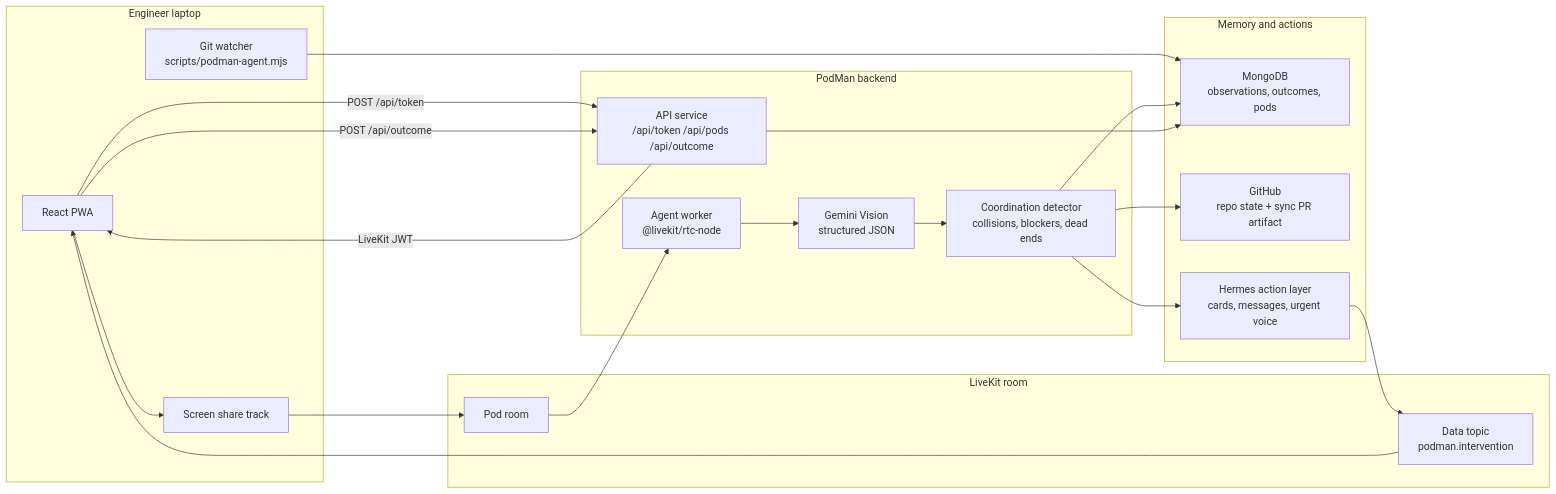
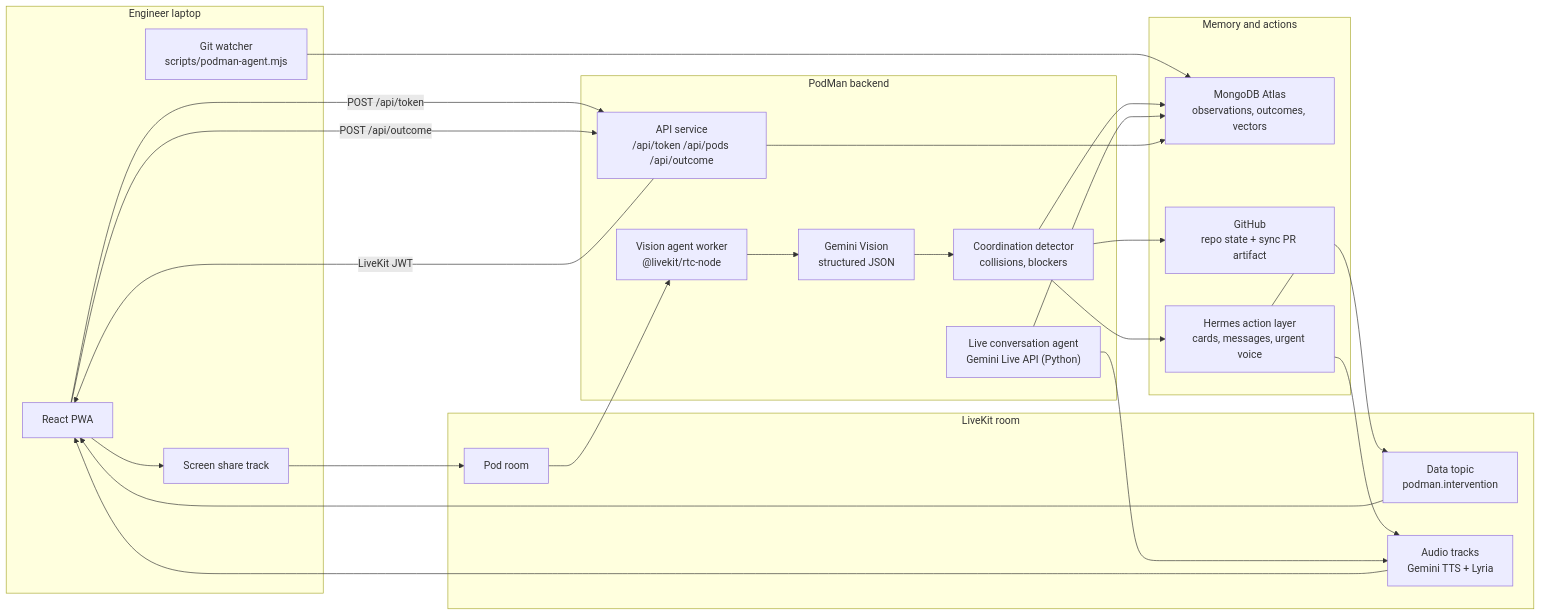
Before and after one commit to karti-ai/podman: the first of 2 diagrams in README.md, drawn with Mermaid. The commit also changed other lines of this file and 115 other files, not shown here.

````diff
--- a/README.md
+++ b/README.md
@@ -31,42 +92,48 @@
 ```mermaid
 flowchart LR
   subgraph Laptop["Engineer laptop"]
     PWA["React PWA"]
     Screen["Screen share track"]
     Git["Git watcher<br/>scripts/podman-agent.mjs"]
   end
 
   subgraph Realtime["LiveKit room"]
     Room["Pod room"]
     Data["Data topic<br/>podman.intervention"]
+    Audio["Audio tracks<br/>Gemini TTS + Lyria"]
   end
 
   subgraph Backend["PodMan backend"]
     API["API service<br/>/api/token /api/pods /api/outcome"]
-    Agent["Agent worker<br/>@livekit/rtc-node"]
+    Agent["Vision agent worker<br/>@livekit/rtc-node"]
+    Convo["Live conversation agent<br/>Gemini Live API (Python)"]
     Vision["Gemini Vision<br/>structured JSON"]
-    Detector["Coordination detector<br/>collisions, blockers, dead ends"]
+    Detector["Coordination detector<br/>collisions, blockers"]
   end
 
   subgraph Memory["Memory and actions"]
-    Mongo["MongoDB<br/>observations, outcomes, pods"]
+    Mongo["MongoDB Atlas<br/>observations, outcomes, vectors"]
     GitHub["GitHub<br/>repo state + sync PR artifact"]
     Hermes["Hermes action layer<br/>cards, messages, urgent voice"]
   end
 
   PWA -->|"POST /api/token"| API
   API -->|"LiveKit JWT"| PWA
   PWA --> Screen
   Screen --> Room
   Room --> Agent
   Agent --> Vision
   Vision --> Detector
   Git --> Mongo
   Detector --> Mongo
   Detector --> GitHub
   Detector --> Hermes
   Hermes --> Data
+  Hermes --> Audio
+  Convo --> Audio
+  Convo --> Mongo
   Data --> PWA
+  Audio --> PWA
   PWA -->|"POST /api/outcome"| API
   API --> Mongo
 ```
````
